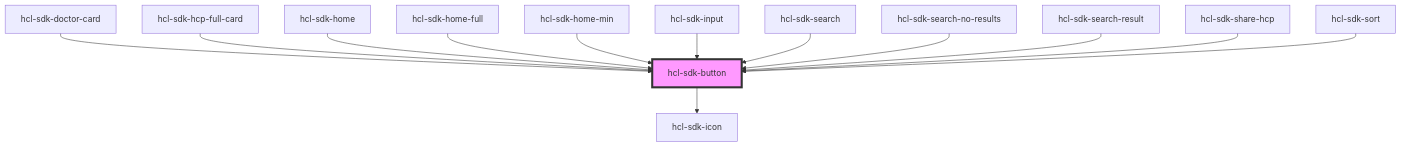
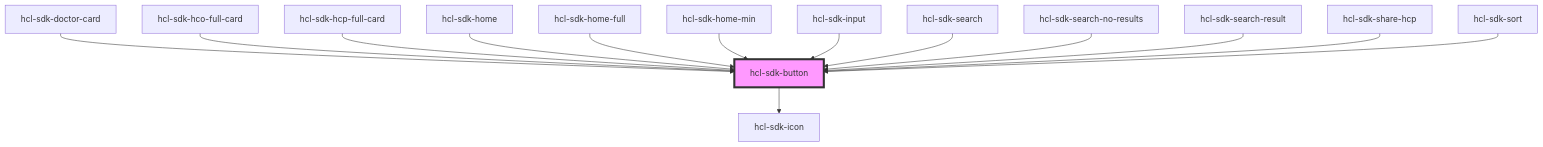
The diagram in packages/hcl-sdk-web-ui/docs/components/ui-kits/hcl-sdk-button/readme.md (hcl-sdk/HealthCareLocatorWebSDK), drawn with Mermaid before and after one commit. The commit also changed other lines of this file and 10 other files, not shown here.

````diff
--- a/packages/hcl-sdk-web-ui/docs/components/ui-kits/hcl-sdk-button/readme.md
+++ b/packages/hcl-sdk-web-ui/docs/components/ui-kits/hcl-sdk-button/readme.md
@@ -52,16 +53,17 @@
 ```mermaid
 graph TD;
   hcl-sdk-button --> hcl-sdk-icon
   hcl-sdk-doctor-card --> hcl-sdk-button
+  hcl-sdk-hco-full-card --> hcl-sdk-button
   hcl-sdk-hcp-full-card --> hcl-sdk-button
   hcl-sdk-home --> hcl-sdk-button
   hcl-sdk-home-full --> hcl-sdk-button
   hcl-sdk-home-min --> hcl-sdk-button
   hcl-sdk-input --> hcl-sdk-button
   hcl-sdk-search --> hcl-sdk-button
   hcl-sdk-search-no-results --> hcl-sdk-button
   hcl-sdk-search-result --> hcl-sdk-button
   hcl-sdk-share-hcp --> hcl-sdk-button
   hcl-sdk-sort --> hcl-sdk-button
   style hcl-sdk-button fill:#f9f,stroke:#333,stroke-width:4px
 ```
````
